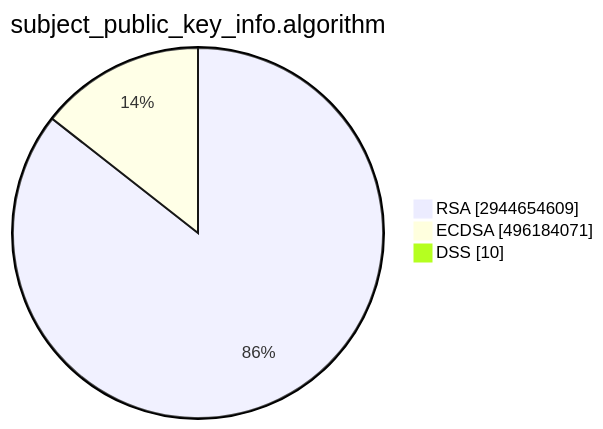
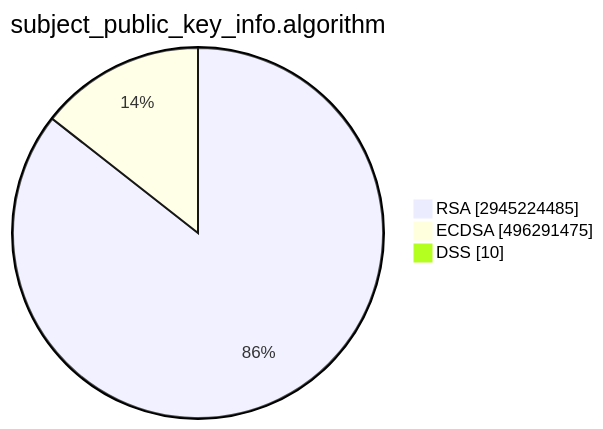
One commit to christiankrug/ctmonitor_visualization changed the second of 15 diagrams in TOTAL/README.md. Above: the diagram before and after it, drawn with Mermaid. The commit also changed other lines of this file, not shown here.

````diff
--- a/TOTAL/README.md
+++ b/TOTAL/README.md
@@ -6,7 +6,7 @@
 ```mermaid
 pie showData
 title subject_public_key_info.algorithm
-"RSA" :2944654609
-"ECDSA" :496184071
+"RSA" :2945224485
+"ECDSA" :496291475
 "DSS" :10
 ```
````
